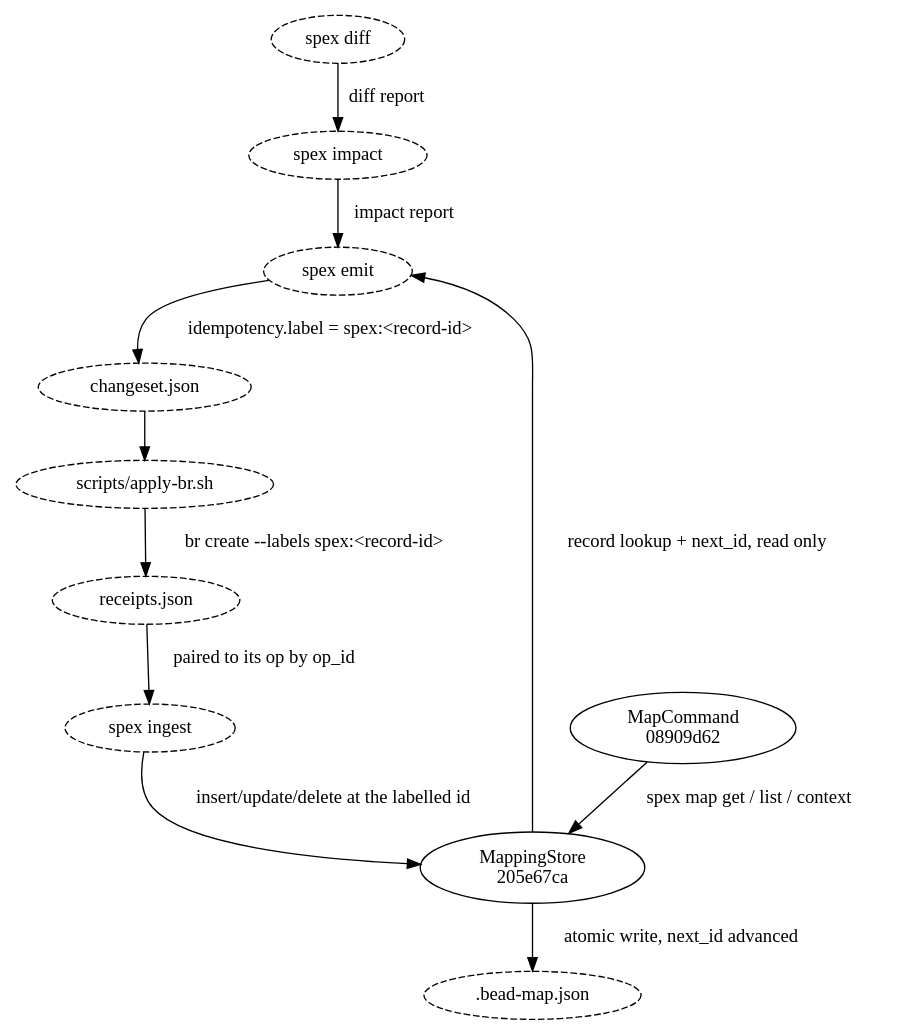
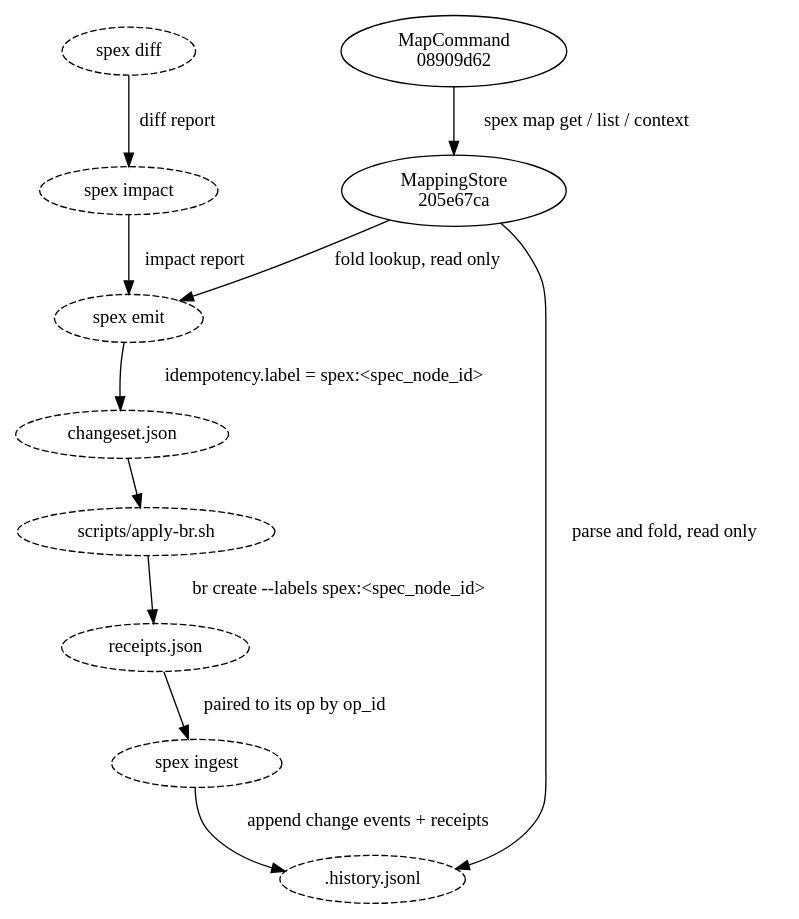
The diagram in spec/map/flow_bead_mapping.md (dmitriyb/spexmachina), drawn with Graphviz before and after one commit. The commit also changed other lines of this file and 64 other files, not shown here.

````diff
--- a/spec/map/flow_bead_mapping.md
+++ b/spec/map/flow_bead_mapping.md
@@ -11,25 +11,25 @@
 ```dot
 digraph bead_mapping {
     "spex diff"           [style=dashed];
     "spex impact"         [style=dashed];
     "spex emit"           [style=dashed];
     "changeset.json"      [style=dashed];
     "scripts/apply-br.sh" [style=dashed];
     "receipts.json"       [style=dashed];
     "spex ingest"         [style=dashed];
-    ".bead-map.json"      [style=dashed];
+    ".history.jsonl"      [style=dashed];
     "205e67ca4aad"        [label="MappingStore\n205e67ca"];
     "08909d62930b"        [label="MapCommand\n08909d62"];
 
     "spex diff"           -> "spex impact"         [label="diff report"];
     "spex impact"         -> "spex emit"           [label="impact report"];
-    "205e67ca4aad"        -> "spex emit"           [label="record lookup + next_id, read only"];
-    "spex emit"           -> "changeset.json"      [label="idempotency.label = spex:<record-id>"];
+    "205e67ca4aad"        -> "spex emit"           [label="fold lookup, read only"];
+    "spex emit"           -> "changeset.json"      [label="idempotency.label = spex:<spec_node_id>"];
     "changeset.json"      -> "scripts/apply-br.sh";
-    "scripts/apply-br.sh" -> "receipts.json"       [label="br create --labels spex:<record-id>"];
+    "scripts/apply-br.sh" -> "receipts.json"       [label="br create --labels spex:<spec_node_id>"];
     "receipts.json"       -> "spex ingest"         [label="paired to its op by op_id"];
-    "spex ingest"         -> "205e67ca4aad"        [label="insert/update/delete at the labelled id"];
-    "205e67ca4aad"        -> ".bead-map.json"      [label="atomic write, next_id advanced"];
+    "spex ingest"         -> ".history.jsonl"      [label="append change events + receipts"];
+    "205e67ca4aad"        -> ".history.jsonl"      [label="parse and fold, read only"];
     "08909d62930b"        -> "205e67ca4aad"        [label="spex map get / list / context"];
 }
 ```
````
